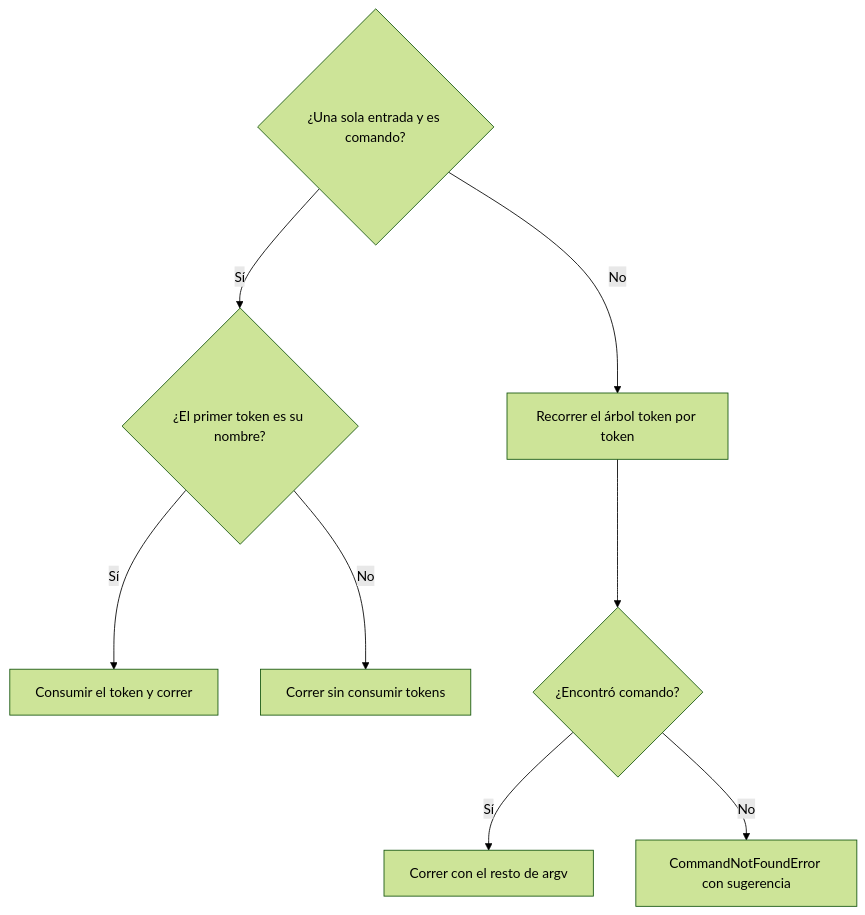
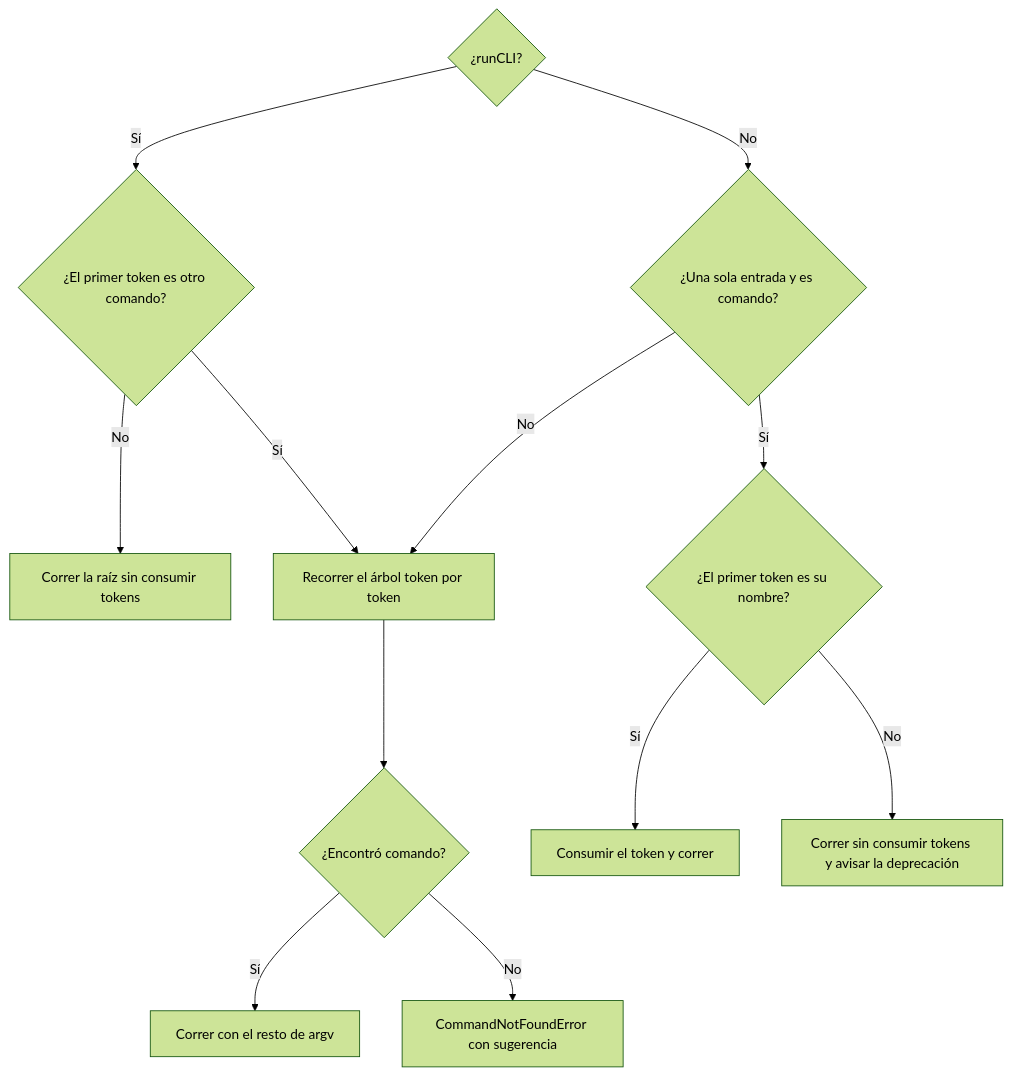
Before and after one commit to jrodrigopuca/runa-cmd: the second of 3 diagrams in docs/flows/cli-lifecycle.md, drawn with Mermaid (forest theme). The commit also changed other lines of this file and 36 other files, not shown here.

Commit message:
feat(core): add runCLI plugins, built-in --version and POSIX -- operands

````diff
--- a/docs/flows/cli-lifecycle.md
+++ b/docs/flows/cli-lifecycle.md
@@ -63,10 +64,14 @@
 ```mermaid
 flowchart TD
-    A{"¿Una sola entrada y es comando?"} -->|No| D["Recorrer el árbol token por token"]
+    R{"¿runCLI?"} -->|Sí| R1{"¿El primer token es otro comando?"}
+    R1 -->|No| R2["Correr la raíz sin consumir tokens"]
+    R1 -->|Sí| D
+    R -->|No| A{"¿Una sola entrada y es comando?"}
+    A -->|No| D["Recorrer el árbol token por token"]
     A -->|Sí| B{"¿El primer token es su nombre?"}
     B -->|Sí| C1["Consumir el token y correr"]
-    B -->|No| C2["Correr sin consumir tokens"]
+    B -->|No| C2["Correr sin consumir tokens y avisar la deprecación"]
     D --> E{"¿Encontró comando?"}
     E -->|Sí| F["Correr con el resto de argv"]
     E -->|No| G["CommandNotFoundError con sugerencia"]
 ```
````
